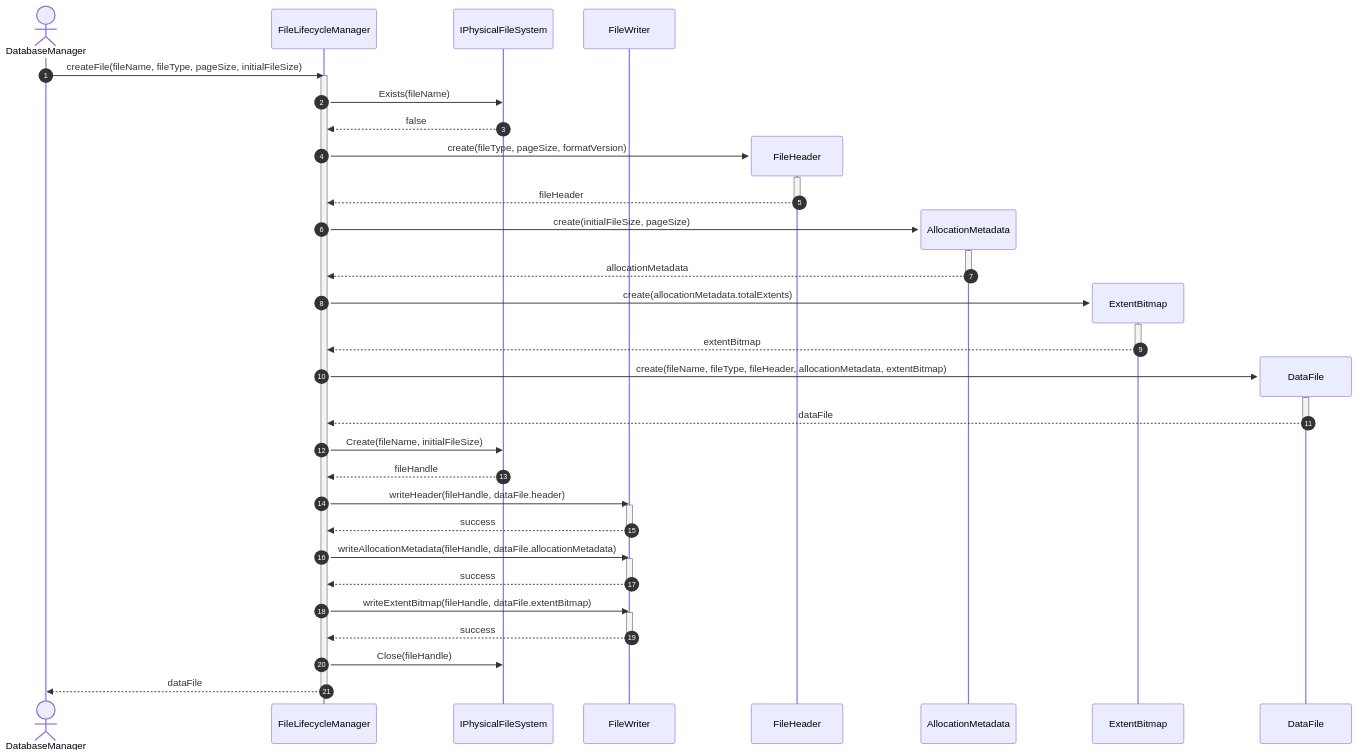
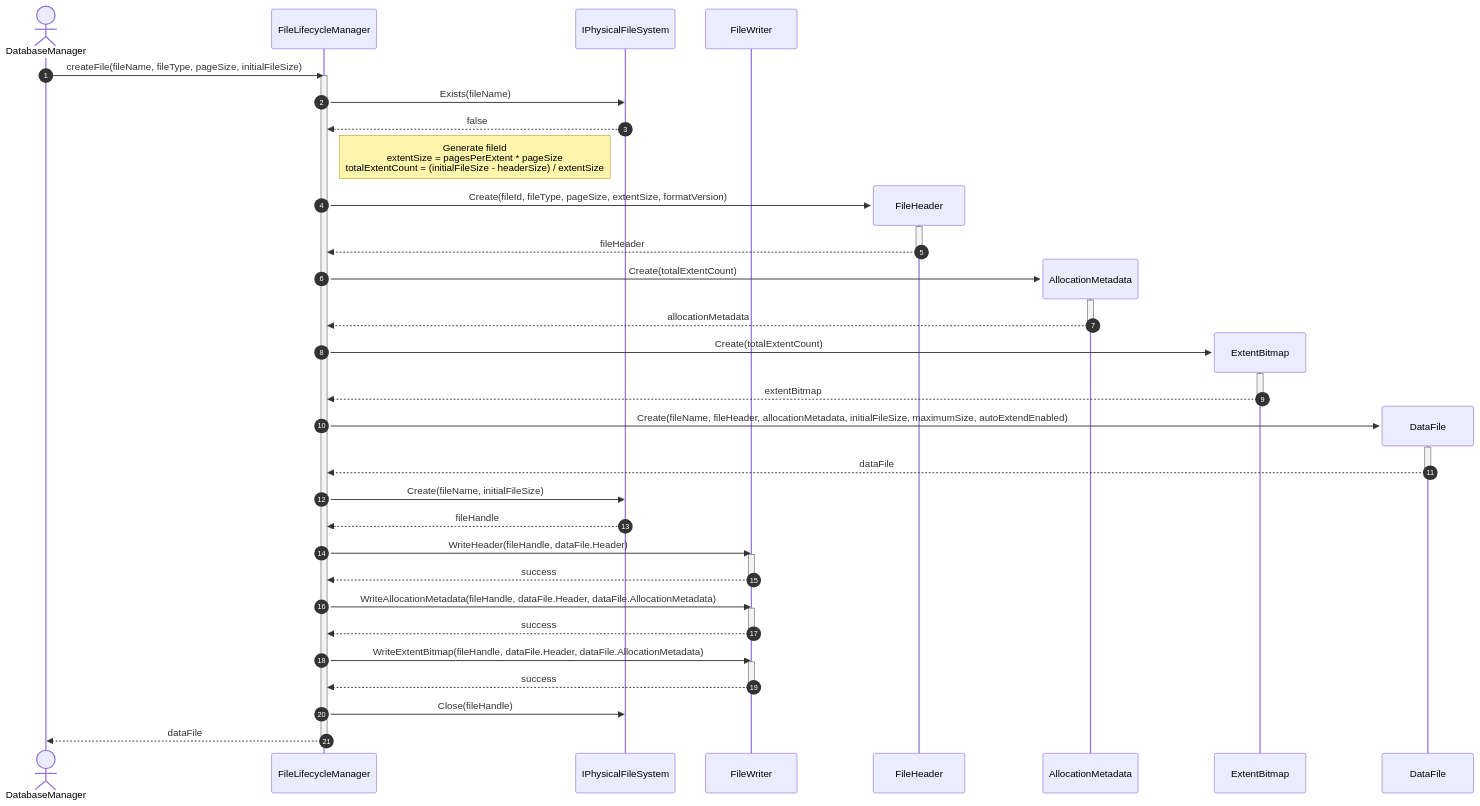
One commit to manaxpow/DBMS changed the first of 3 diagrams in docs/diagrams/sequence-diagrams/storage-engine/file-management/file-lifecycle/create-file.md. Above: the diagram before and after it, drawn with Mermaid. The commit also changed other lines of this file and 98 other files, not shown here.

````diff
--- a/docs/diagrams/sequence-diagrams/storage-engine/file-management/file-lifecycle/create-file.md
+++ b/docs/diagrams/sequence-diagrams/storage-engine/file-management/file-lifecycle/create-file.md
@@ -10,61 +10,62 @@
 ```mermaid
 sequenceDiagram
     autonumber
 
     actor DB as DatabaseManager
     participant LM as FileLifecycleManager
     participant PFS as IPhysicalFileSystem
     participant FW as FileWriter
 
     DB->>LM: createFile(fileName, fileType, pageSize, initialFileSize)
     activate LM
 
     LM->>PFS: Exists(fileName)
     PFS-->>LM: false
 
+    note right of LM: Generate fileId<br/>extentSize = pagesPerExtent * pageSize<br/>totalExtentCount = (initialFileSize - headerSize) / extentSize
     create participant FH as FileHeader
-    LM->>FH: create(fileType, pageSize, formatVersion)
+    LM->>FH: Create(fileId, fileType, pageSize, extentSize, formatVersion)
     activate FH
     FH-->>LM: fileHeader
     deactivate FH
 
     create participant AM as AllocationMetadata
-    LM->>AM: create(initialFileSize, pageSize)
+    LM->>AM: Create(totalExtentCount)
     activate AM
     AM-->>LM: allocationMetadata
     deactivate AM
 
     create participant EB as ExtentBitmap
-    LM->>EB: create(allocationMetadata.totalExtents)
+    LM->>EB: Create(totalExtentCount)
     activate EB
     EB-->>LM: extentBitmap
     deactivate EB
 
     create participant DF as DataFile
-    LM->>DF: create(fileName, fileType, fileHeader, allocationMetadata, extentBitmap)
+    LM->>DF: Create(fileName, fileHeader, allocationMetadata, initialFileSize, maximumSize, autoExtendEnabled)
     activate DF
     DF-->>LM: dataFile
     deactivate DF
 
     LM->>PFS: Create(fileName, initialFileSize)
     PFS-->>LM: fileHandle
 
-    LM->>FW: writeHeader(fileHandle, dataFile.header)
+    LM->>FW: WriteHeader(fileHandle, dataFile.Header)
     activate FW
     FW-->>LM: success
     deactivate FW
 
-    LM->>FW: writeAllocationMetadata(fileHandle, dataFile.allocationMetadata)
+    LM->>FW: WriteAllocationMetadata(fileHandle, dataFile.Header, dataFile.AllocationMetadata)
     activate FW
     FW-->>LM: success
     deactivate FW
 
-    LM->>FW: writeExtentBitmap(fileHandle, dataFile.extentBitmap)
+    LM->>FW: WriteExtentBitmap(fileHandle, dataFile.Header, dataFile.AllocationMetadata)
     activate FW
     FW-->>LM: success
     deactivate FW
 
     LM->>PFS: Close(fileHandle)
     LM-->>DB: dataFile
     deactivate LM
 ```
````
